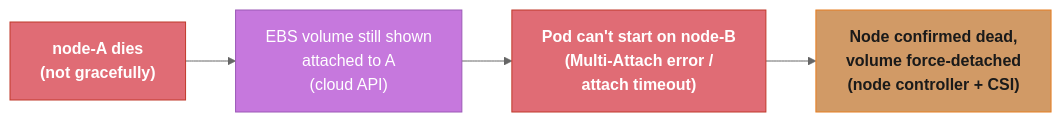
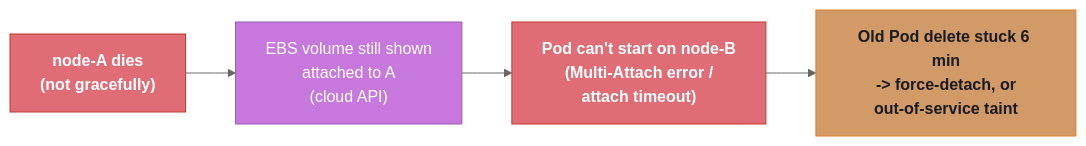
One commit to rppol/system-design changed the fourth of 7 diagrams in src/main/java/com/rutik/systemdesign/devops/kubernetes_storage_and_state/kubernetes_storage_and_state.md. Above: the diagram before and after it, drawn with Mermaid (neutral theme). The commit also changed other lines of this file and 655 other files, not shown here.

````diff
--- a/src/main/java/com/rutik/systemdesign/devops/kubernetes_storage_and_state/kubernetes_storage_and_state.md
+++ b/src/main/java/com/rutik/systemdesign/devops/kubernetes_storage_and_state/kubernetes_storage_and_state.md
@@ -210,18 +212,18 @@
 ```mermaid
 flowchart LR
     classDef io      fill:#61afef,stroke:#2e86c1,color:#1a1a1a,font-weight:bold
     classDef frozen  fill:#c678dd,stroke:#9b59b6,color:#fff
     classDef train   fill:#98c379,stroke:#27ae60,color:#1a1a1a
     classDef mathOp  fill:#d19a66,stroke:#e67e22,color:#1a1a1a,font-weight:bold
     classDef lossN   fill:#e06c75,stroke:#c0392b,color:#fff,font-weight:bold
     classDef req     fill:#56b6c2,stroke:#0097a7,color:#1a1a1a
     classDef base    fill:#e5c07b,stroke:#f39c12,color:#1a1a1a
 
     diesNode["node-A dies<br/>(not gracefully)"] --> stillAttached["EBS volume still shown<br/>attached to A<br/>(cloud API)"]
     stillAttached --> stuckPod["Pod can't start on node-B<br/>(Multi-Attach error /<br/>attach timeout)"]
-    stuckPod --> resolution["Node confirmed dead,<br/>volume force-detached<br/>(node controller + CSI)"]
+    stuckPod --> resolution["Old Pod delete stuck 6 min<br/>-> force-detach, or<br/>out-of-service taint"]
 
     class diesNode,stuckPod lossN
     class stillAttached frozen
     class resolution mathOp
 ```
````
